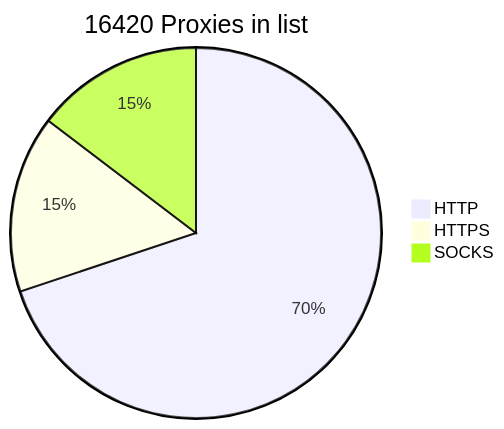
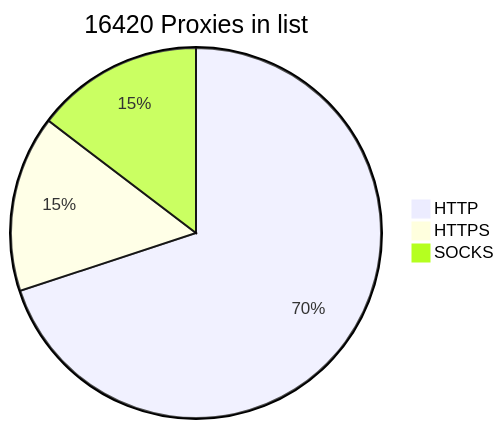
The diagram in README.md (BlackSnowDot/proxylist-update-every-minute), drawn with Mermaid before and after one commit.

````diff
--- a/README.md
+++ b/README.md
@@ -2,6 +2,6 @@
 ```mermaid
 pie title 16420 Proxies in list
-    "HTTP" : 12279
-    "HTTPS": 2716
+    "HTTP" : 12296
+    "HTTPS": 2710
     "SOCKS" : 2574
 ```
````
